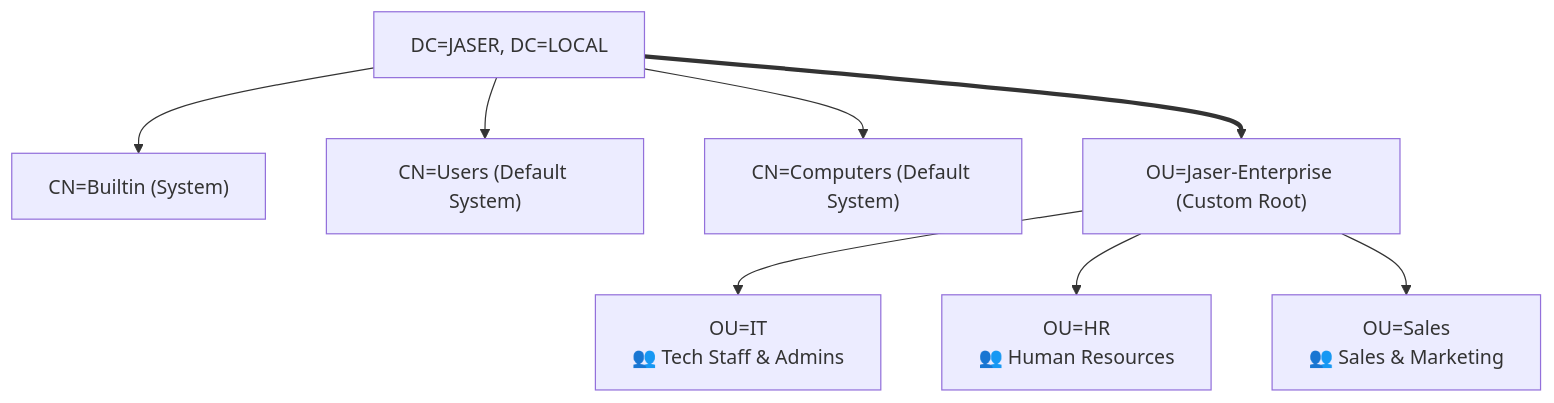
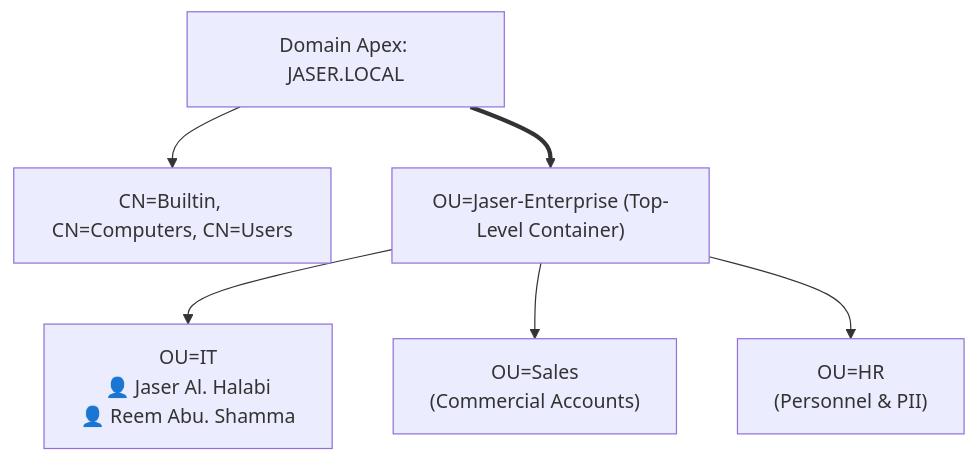
One commit to JaserHalabi/windows-server-labs changed the diagram in docs/day-03-ou-hierarchy-and-user-management.md. Above: the diagram before and after it, drawn with Mermaid. The commit also changed other lines of this file and 21 other files, not shown here.

````diff
--- a/docs/day-03-ou-hierarchy-and-user-management.md
+++ b/docs/day-03-ou-hierarchy-and-user-management.md
@@ -21,21 +27,16 @@
 ```mermaid
 graph TD
-    Domain["DC=JASER, DC=LOCAL"]
-    Builtin["CN=Builtin (System)"]
-    UsersCN["CN=Users (Default System)"]
-    ComputersCN["CN=Computers (Default System)"]
+    Domain["Domain Apex: JASER.LOCAL"]
+    SystemContainers["CN=Builtin, CN=Computers, CN=Users"]
     
-    RootOU["OU=Jaser-Enterprise (Custom Root)"]
-    IT["OU=IT<br/>👥 Tech Staff & Admins"]
-    HR["OU=HR<br/>👥 Human Resources"]
-    Sales["OU=Sales<br/>👥 Sales & Marketing"]
+    RootOU["OU=Jaser-Enterprise (Top-Level Container)"]
+    IT["OU=IT<br/>👤 Jaser Al. Halabi<br/>👤 Reem Abu. Shamma"]
+    Sales["OU=Sales<br/>(Commercial Accounts)"]
+    HR["OU=HR<br/>(Personnel & PII)"]
     
-    Domain --> Builtin
-    Domain --> UsersCN
-    Domain --> ComputersCN
+    Domain --> SystemContainers
     Domain ==> RootOU
-    
     RootOU --> IT
+    RootOU --> Sales
     RootOU --> HR
-    RootOU --> Sales
 ```
````
